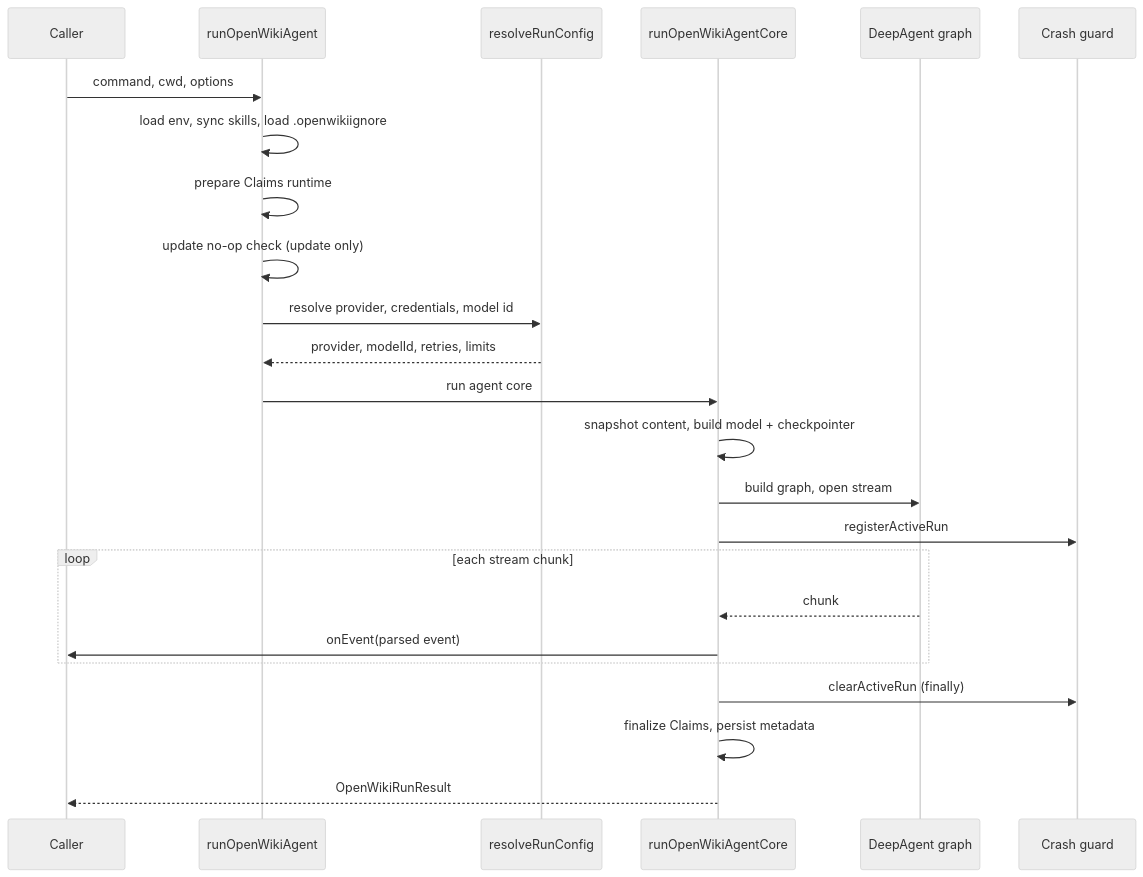
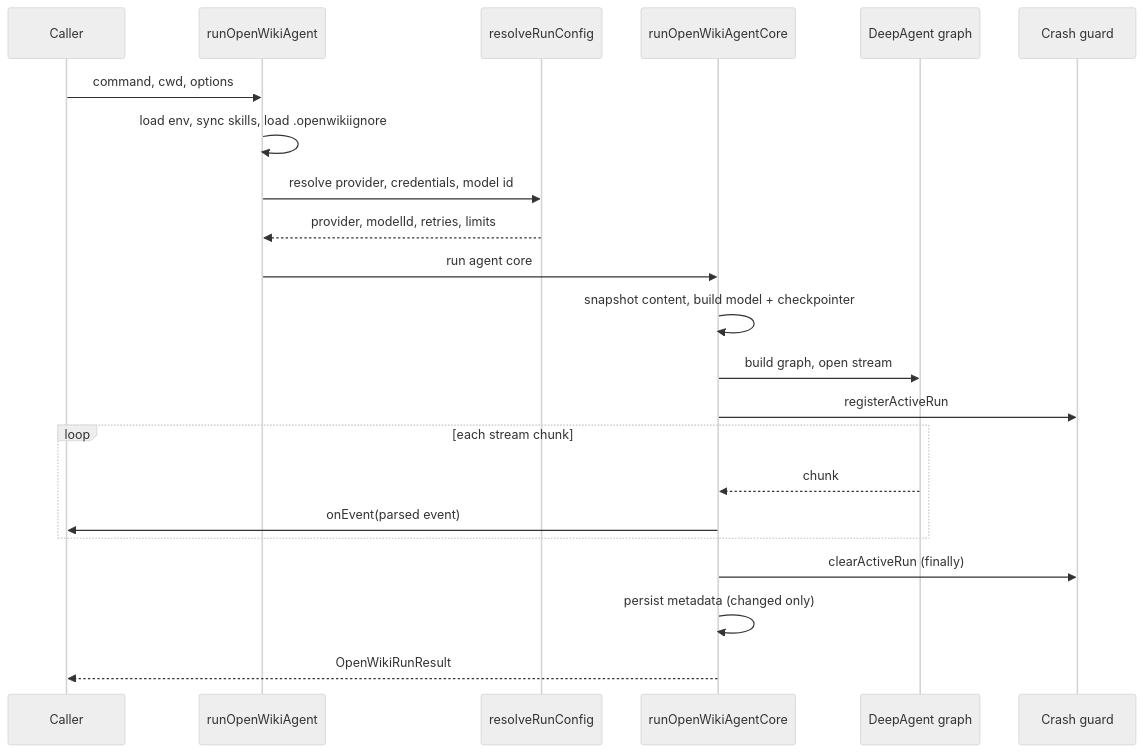
One commit to langchain-ai/openwiki changed the second of 3 diagrams in openwiki/agent/overview.md. Above: the diagram before and after it, drawn with Mermaid (neutral theme). The commit also changed other lines of this file and 68 other files, not shown here.

````diff
--- a/openwiki/agent/overview.md
+++ b/openwiki/agent/overview.md
@@ -61,27 +157,25 @@
 ```mermaid
 sequenceDiagram
     participant Caller
     participant Run as runOpenWikiAgent
     participant Cfg as resolveRunConfig
     participant Core as runOpenWikiAgentCore
     participant Graph as DeepAgent graph
     participant Guard as Crash guard
 
     Caller->>Run: command, cwd, options
     Run->>Run: load env, sync skills, load .openwikiignore
-    Run->>Run: prepare Claims runtime
-    Run->>Run: update no-op check (update only)
     Run->>Cfg: resolve provider, credentials, model id
     Cfg-->>Run: provider, modelId, retries, limits
     Run->>Core: run agent core
     Core->>Core: snapshot content, build model + checkpointer
     Core->>Graph: build graph, open stream
     Core->>Guard: registerActiveRun
     loop each stream chunk
         Graph-->>Core: chunk
         Core->>Caller: onEvent(parsed event)
     end
     Core->>Guard: clearActiveRun (finally)
-    Core->>Core: finalize Claims, persist metadata
+    Core->>Core: persist metadata (changed only)
     Core-->>Caller: OpenWikiRunResult
 ```
````
